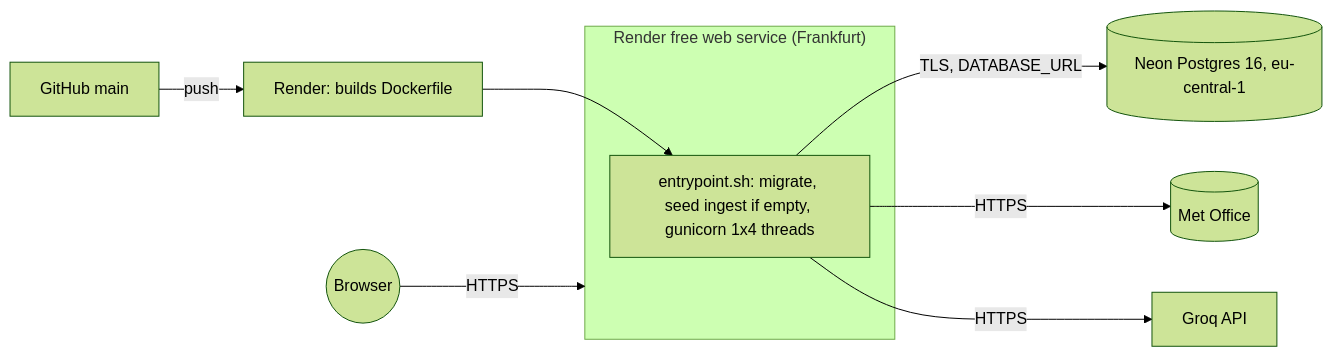
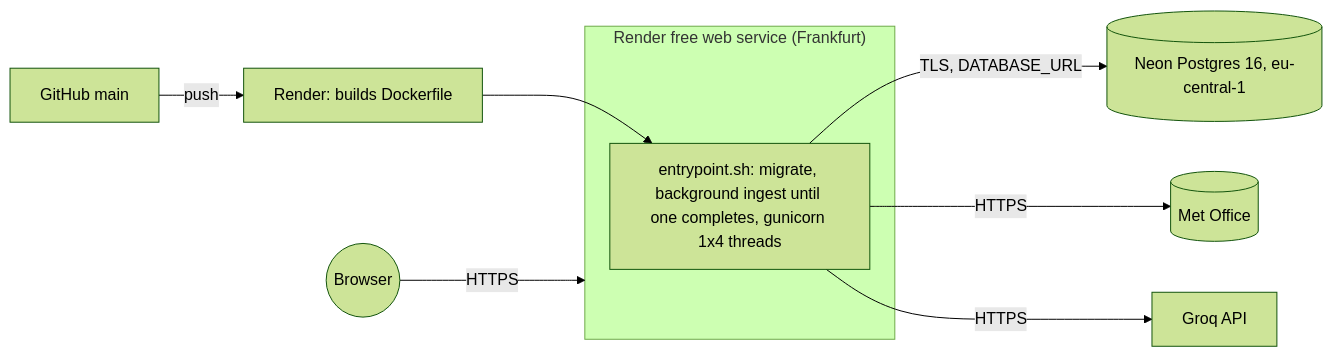
One commit to kumarswamyg2005/uk-climate-insights changed the sixth of 6 diagrams in docs/ARCHITECTURE.md. Above: the diagram before and after it, drawn with Mermaid (forest theme). The commit also changed 2 other files, not shown here.

Commit message:
docs: first-boot behaviour and deployment diagram

````diff
--- a/docs/ARCHITECTURE.md
+++ b/docs/ARCHITECTURE.md
@@ -251,12 +251,12 @@
 ```mermaid
 flowchart LR
     GH[GitHub main] -->|push| R[Render: builds Dockerfile]
     subgraph Render["Render free web service (Frankfurt)"]
-        E[entrypoint.sh: migrate, seed ingest if empty, gunicorn 1x4 threads]
+        E[entrypoint.sh: migrate, background ingest until one completes, gunicorn 1x4 threads]
     end
     R --> E
     E -->|TLS, DATABASE_URL| N[(Neon Postgres 16, eu-central-1)]
     E -->|HTTPS| MO[(Met Office)]
     E -->|HTTPS| G[Groq API]
     U((Browser)) -->|HTTPS| Render
 ```
````
